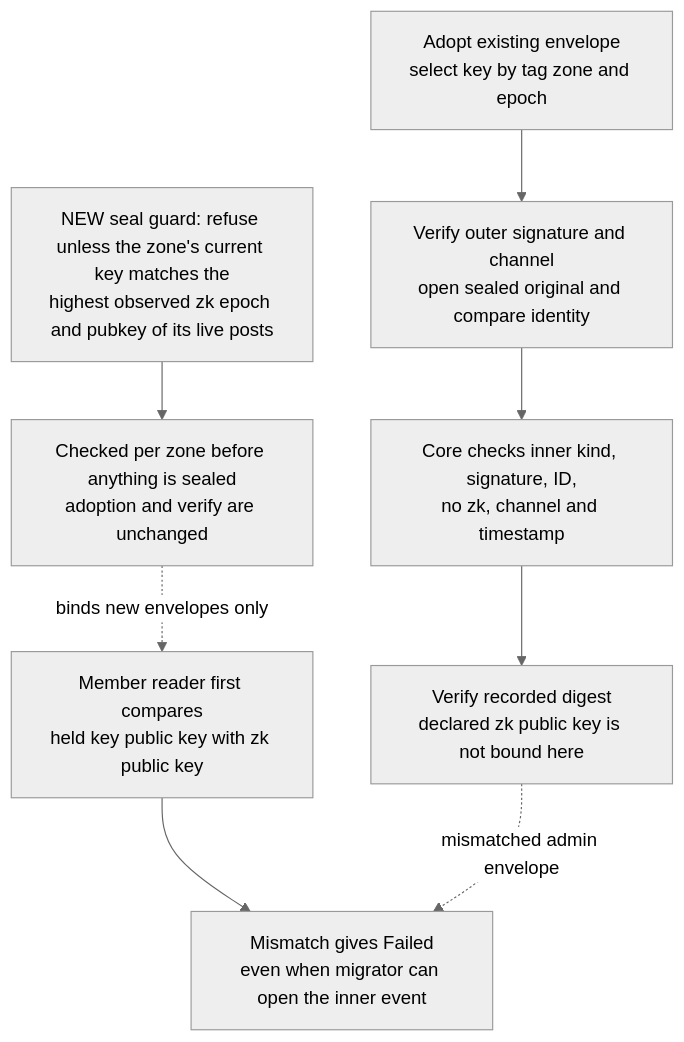
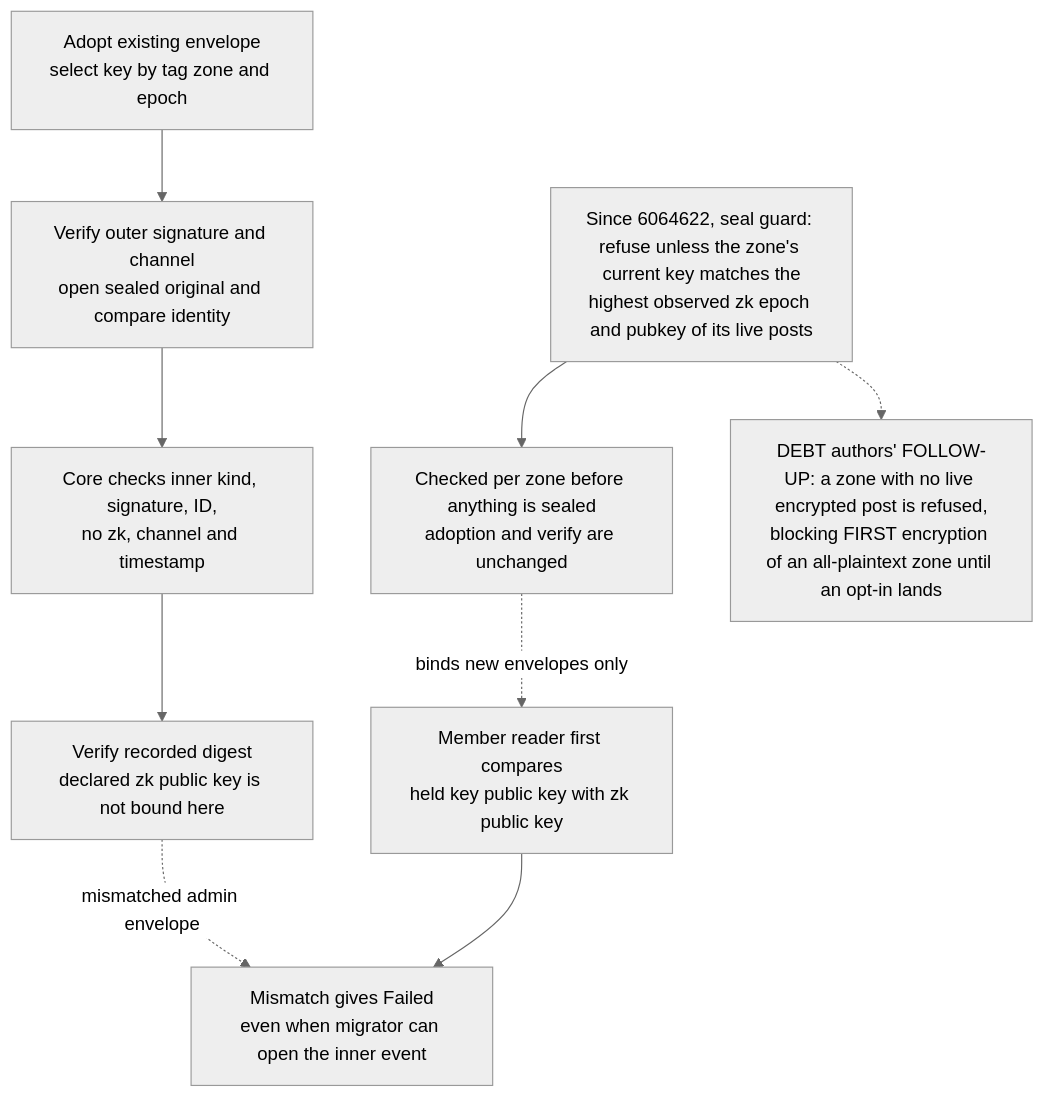
Before and after one commit to DreamLab-AI/VisionFlow: the second of 8 diagrams in docs/diagrams/nostr-rust-forum/26-sealed-history-migration-and-reader-contracts.md, drawn with Mermaid (neutral theme). The commit also changed other lines of this file and 1 other file, not shown here.

Commit message:
docs(diagrams): NF-03 and NF-26 review fixes
NF-03.15: a foreign gift wrap addressed to the signer is excused, not
routed to the sealed and tombstone checks. NF-03.2: the challenge is sent
by the DO at connect. NF-26.2: mark the seal guard's first-encryption
follow-up as debt. NF-26.8: qualify O25 to restored sealed originals.

````diff
--- a/docs/diagrams/nostr-rust-forum/26-sealed-history-migration-and-reader-contracts.md
+++ b/docs/diagrams/nostr-rust-forum/26-sealed-history-migration-and-reader-contracts.md
@@ -59,24 +59,27 @@
 ```mermaid
 flowchart TB
     %% Source: ../nostr-rust-forum/crates/nostr-bbs-zone-migrate/src/engine.rs:580
     A["Adopt existing envelope<br/>select key by tag zone and epoch"]
     %% Source: ../nostr-rust-forum/crates/nostr-bbs-zone-migrate/src/engine.rs:558
     O["Verify outer signature and channel<br/>open sealed original and compare identity"]
     %% Source: ../nostr-rust-forum/crates/nostr-bbs-core/src/sealed.rs:375
     I["Core checks inner kind, signature, ID,<br/>no zk, channel and timestamp"]
     %% Source: ../nostr-rust-forum/crates/nostr-bbs-zone-migrate/src/engine.rs:732
     V["Verify recorded digest<br/>declared zk public key is not bound here"]
     %% Source: ../nostr-rust-forum/crates/nostr-bbs-forum-client/src/zone_crypto/mod.rs:565
     R["Member reader first compares<br/>held key public key with zk public key"]
     %% Source: ../nostr-rust-forum/crates/nostr-bbs-forum-client/src/zone_crypto/mod.rs:566
     F["Mismatch gives Failed<br/>even when migrator can open the inner event"]
     %% Source: ../nostr-rust-forum/crates/nostr-bbs-zone-migrate/src/engine.rs:611
-    K["NEW seal guard: refuse unless the zone's current key matches the<br/>highest observed zk epoch and pubkey of its live posts"]
+    K["Since 6064622, seal guard: refuse unless the zone's current key matches the<br/>highest observed zk epoch and pubkey of its live posts"]
     %% Source: ../nostr-rust-forum/crates/nostr-bbs-zone-migrate/src/engine.rs:224
     S["Checked per zone before anything is sealed<br/>adoption and verify are unchanged"]
     A --> O --> I --> V
+    %% Source: ../nostr-rust-forum/crates/nostr-bbs-zone-migrate/src/engine.rs:604
+    DB["DEBT authors' FOLLOW-UP: a zone with no live encrypted post is refused,<br/>blocking FIRST encryption of an all-plaintext zone until an opt-in lands"]
     K --> S
+    K -.-> DB
     S -. binds new envelopes only .-> R
     R --> F
     V -. mismatched admin envelope .-> F
 ```
````
